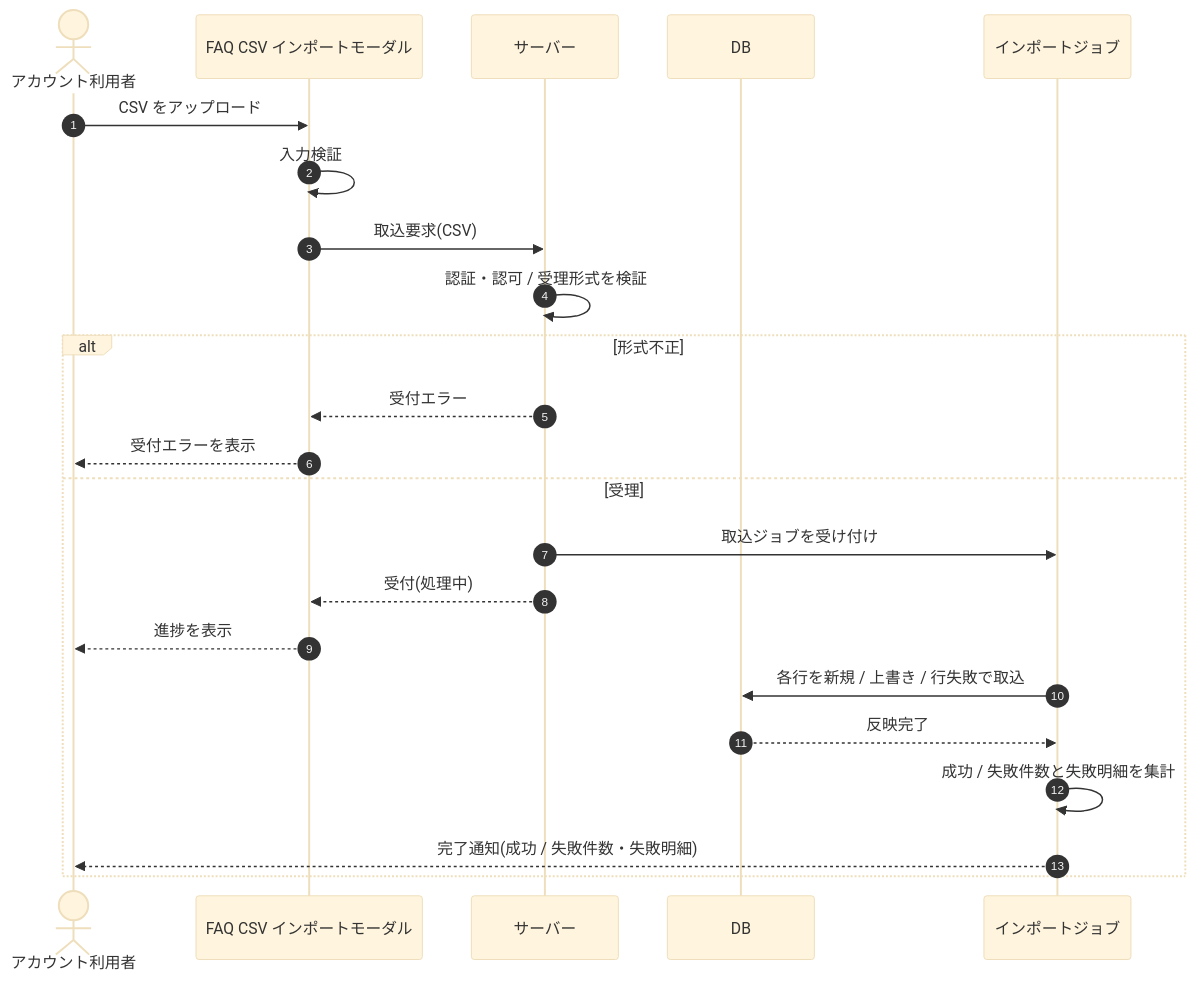
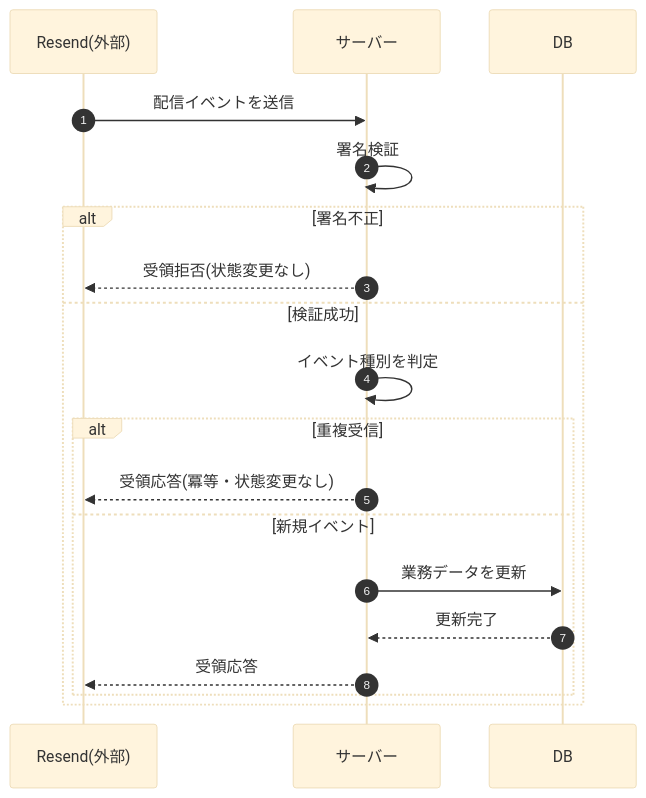
One commit to sikakou54/open-faq changed the diagram in 02_basic_design/03_sequences/SEQ-088.md. Above: the diagram before and after it, drawn with Mermaid (base theme). The commit also changed other lines of this file and 99 other files, not shown here.

````diff
--- a/02_basic_design/03_sequences/SEQ-088.md
+++ b/02_basic_design/03_sequences/SEQ-088.md
@@ -25,25 +25,21 @@
 ```mermaid
 sequenceDiagram
   autonumber
-  actor U as アカウント利用者
-  participant Screen as FAQ CSV インポートモーダル
+  participant R as Resend(外部)
   participant Server as サーバー
   participant DB as DB
-  participant J as インポートジョブ
-  U->>Screen: CSV をアップロード
-  Screen->>Screen: 入力検証
-  Screen->>Server: 取込要求(CSV)
-  Server->>Server: 認証・認可 / 受理形式を検証
-  alt 形式不正
-    Server-->>Screen: 受付エラー
-    Screen-->>U: 受付エラーを表示
-  else 受理
-    Server->>J: 取込ジョブを受け付け
-    Server-->>Screen: 受付(処理中)
-    Screen-->>U: 進捗を表示
-    J->>DB: 各行を新規 / 上書き / 行失敗で取込
-    DB-->>J: 反映完了
-    J->>J: 成功 / 失敗件数と失敗明細を集計
-    J-->>U: 完了通知(成功 / 失敗件数・失敗明細)
+  R->>Server: 配信イベントを送信
+  Server->>Server: 署名検証
+  alt 署名不正
+    Server-->>R: 受領拒否(状態変更なし)
+  else 検証成功
+    Server->>Server: イベント種別を判定
+    alt 重複受信
+      Server-->>R: 受領応答(冪等・状態変更なし)
+    else 新規イベント
+      Server->>DB: 業務データを更新
+      DB-->>Server: 更新完了
+      Server-->>R: 受領応答
+    end
   end
 ```
````
